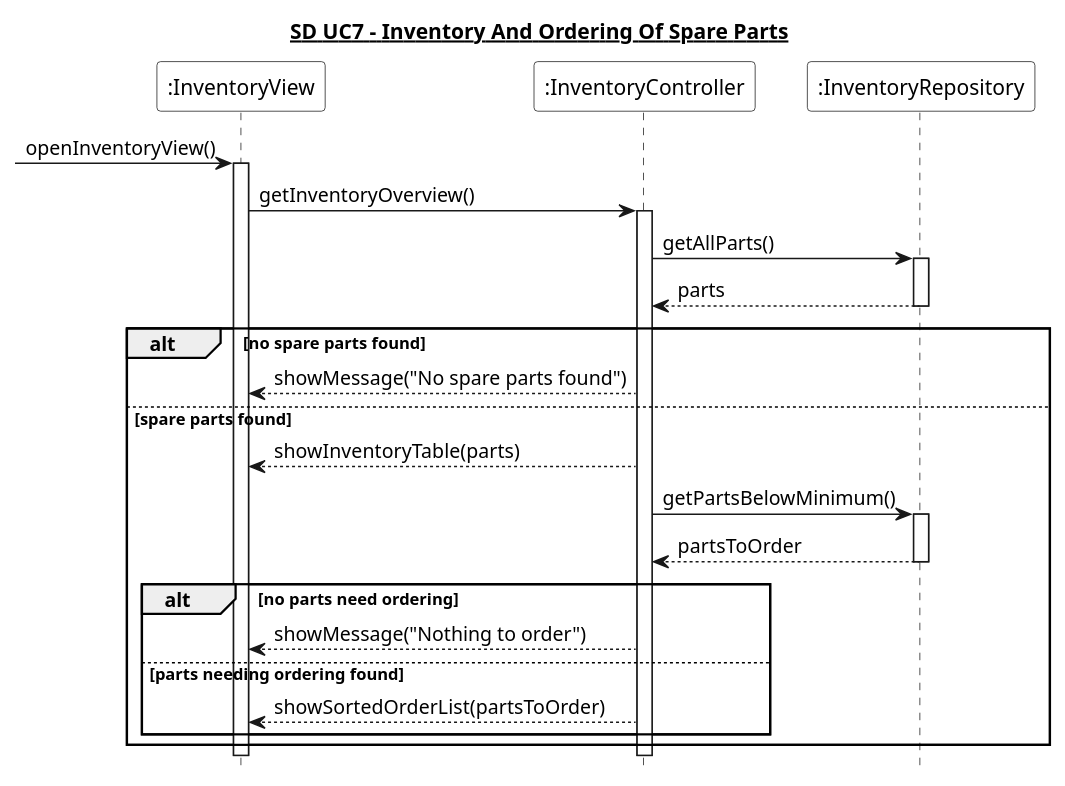
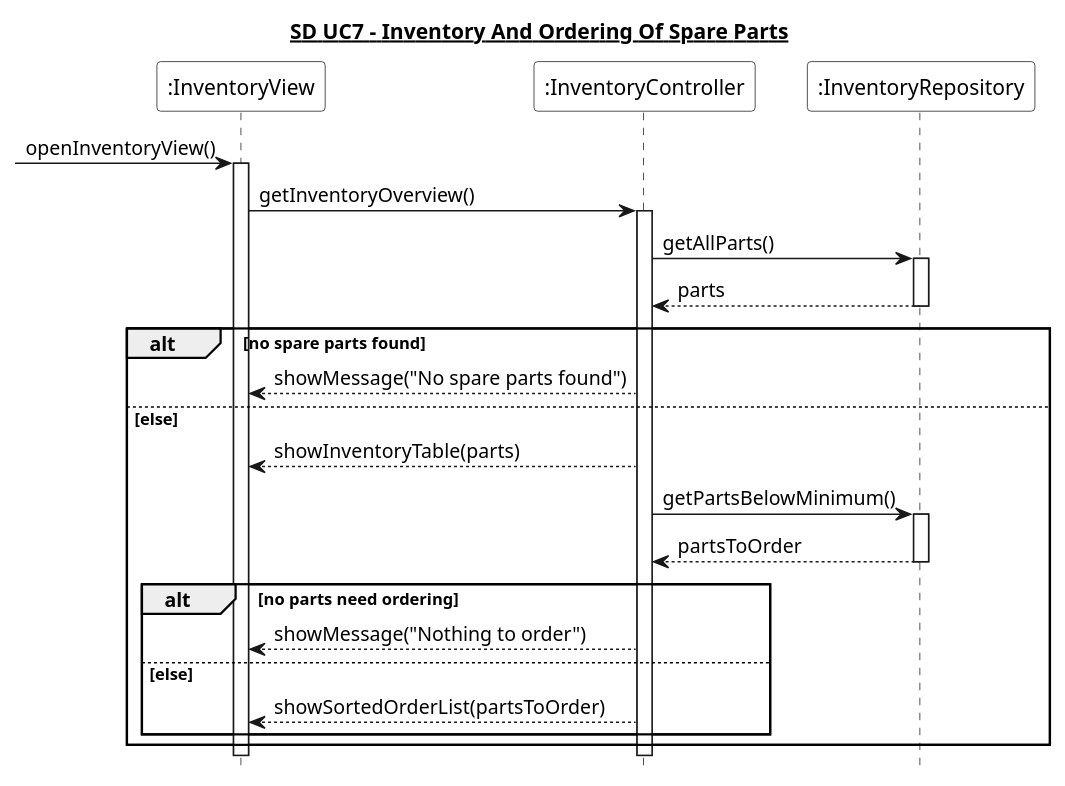
Before and after one commit to Zoabz/Getting-Real: the diagram in 6. Sekvens Diagrammer/UC7_lager_og_bestilling.puml, drawn with PlantUML. The commit also changed 7 other files, not shown here.

```diff
--- a/6. Sekvens Diagrammer/UC7_lager_og_bestilling.puml
+++ b/6. Sekvens Diagrammer/UC7_lager_og_bestilling.puml
@@ -1,42 +1,42 @@
 @startuml
 hide footbox
 title <U>SD UC7 - Inventory And Ordering Of Spare Parts</U>
 
 participant ":InventoryView" as View #White
 participant ":InventoryController" as Controller #White
 participant ":InventoryRepository" as Repository #White
 
 [-> View : openInventoryView()
 activate View
 
 View -> Controller : getInventoryOverview()
 activate Controller
 
 Controller -> Repository : getAllParts()
 activate Repository
 Repository --> Controller : parts
 deactivate Repository
 
 alt no spare parts found
     Controller --> View : showMessage("No spare parts found")
 
-else spare parts found
+else else
     Controller --> View : showInventoryTable(parts)
 
     Controller -> Repository : getPartsBelowMinimum()
     activate Repository
     Repository --> Controller : partsToOrder
     deactivate Repository
 
     alt no parts need ordering
         Controller --> View : showMessage("Nothing to order")
 
-    else parts needing ordering found
+    else else
         Controller --> View : showSortedOrderList(partsToOrder)
     end
 end
 
 deactivate Controller
 deactivate View
 
 @enduml
```
